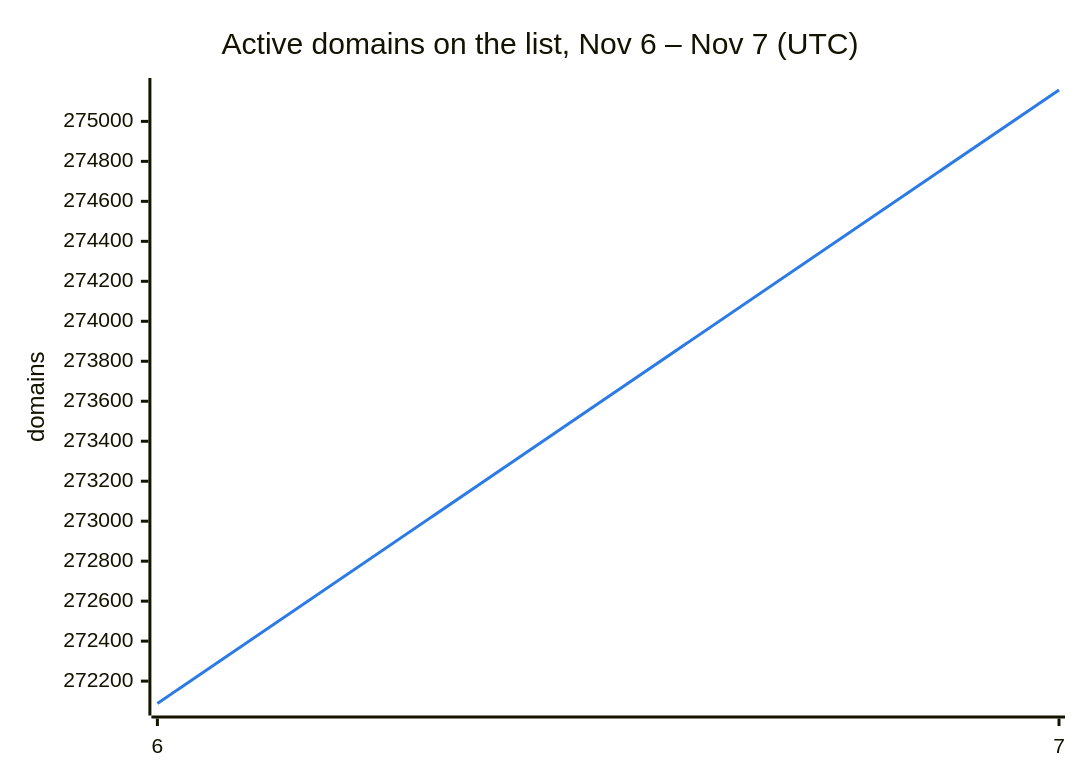
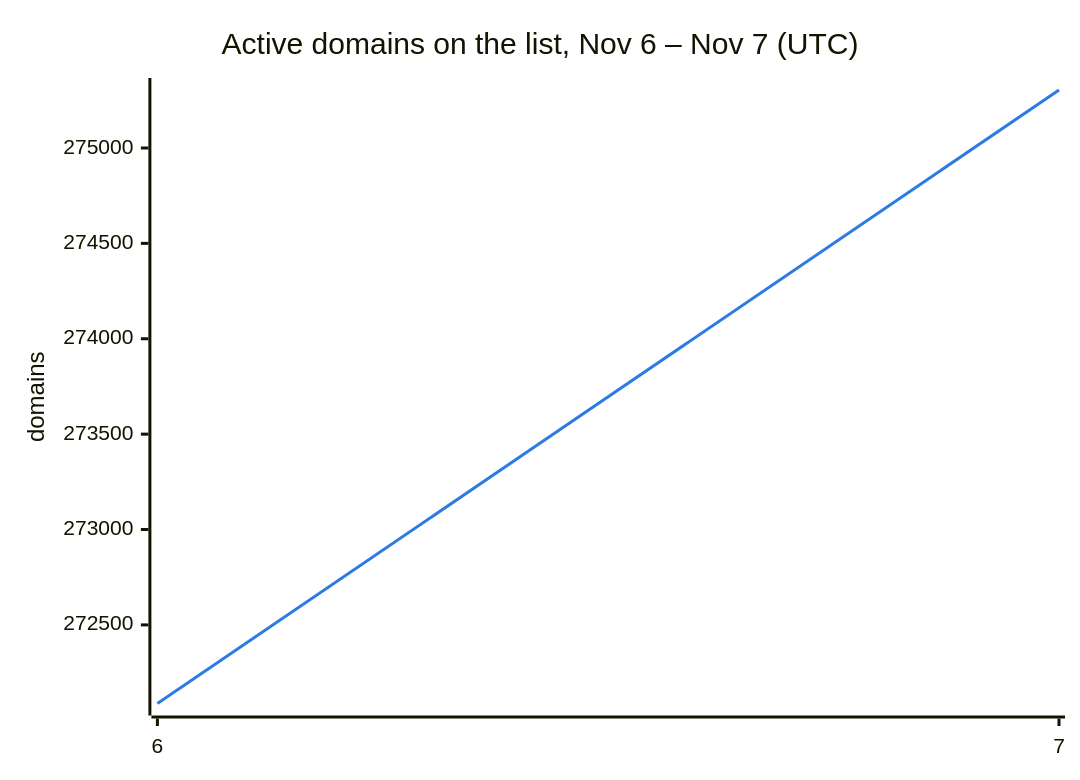
One commit to DNSBunker/CTI changed the second of 3 diagrams in README.md. Above: the diagram before and after it, drawn with Mermaid. The commit also changed other lines of this file and 3 other files, not shown here.

````diff
--- a/README.md
+++ b/README.md
@@ -38,8 +38,8 @@
 ```mermaid
 %%{init: {"themeVariables": {"xyChart": {"plotColorPalette": "#2c7be5"}}}}%%
 xychart-beta
     title "Active domains on the list, Nov 6 – Nov 7 (UTC)"
     x-axis ["6", "7"]
     y-axis "domains"
-    line [272088, 275157]
+    line [272088, 275304]
 ```
````
